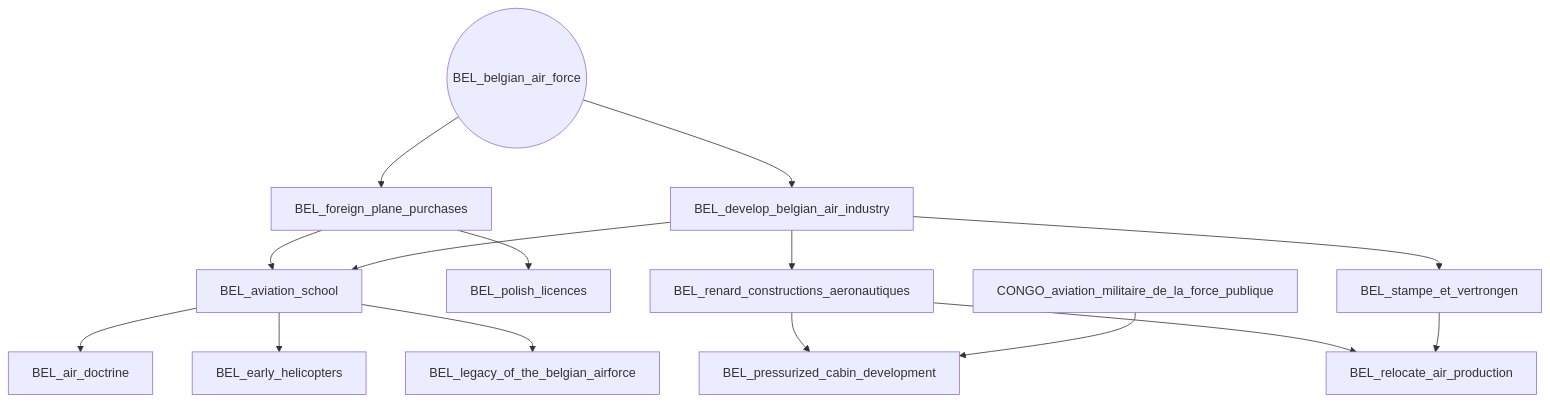
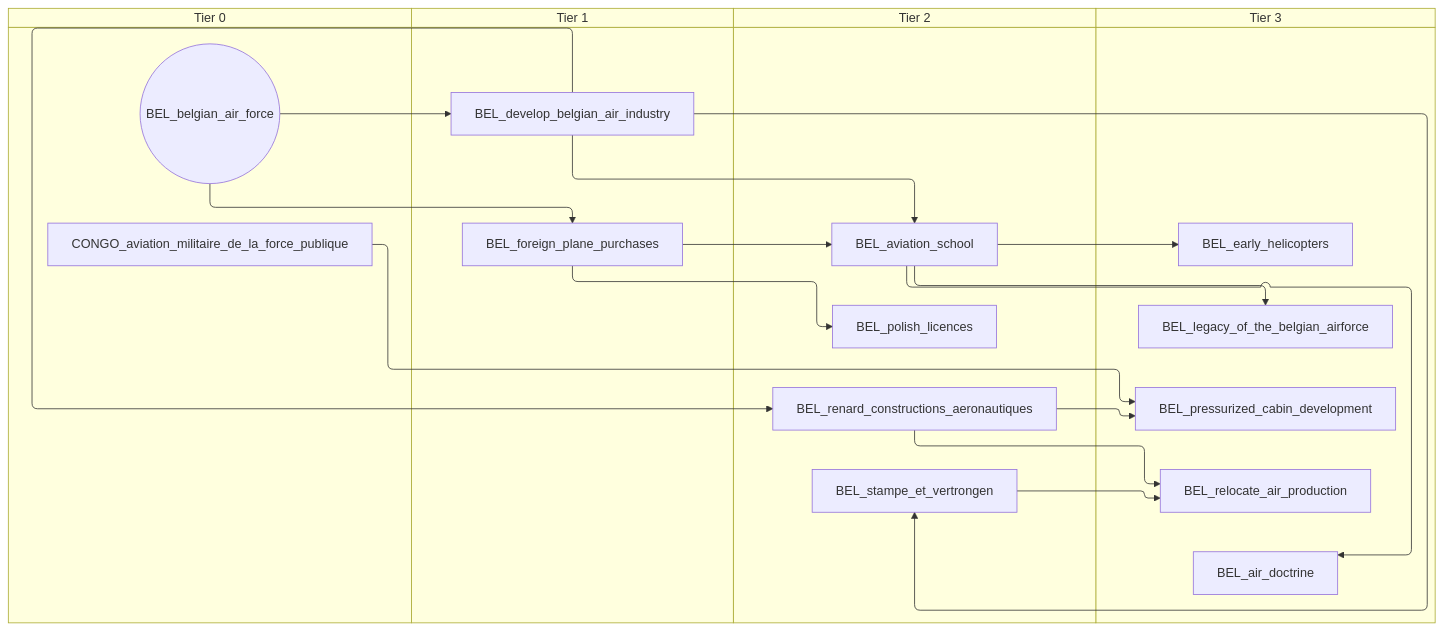
One commit to evgeny-sobol/hoi4-sandbox-mode-r56 changed the first of 6 diagrams in docs/gdd/National Focuses/r56/belgium.md. Above: the diagram before and after it, drawn with Mermaid. The commit also changed other lines of this file and 423 other files, not shown here.

First line of the commit message:
Re-export Rt56 focus trees as swimlane diagrams

````diff
--- a/docs/gdd/National Focuses/r56/belgium.md
+++ b/docs/gdd/National Focuses/r56/belgium.md
@@ -3,30 +3,38 @@
 ```mermaid
-flowchart TD
-    n1["BEL_air_doctrine"]
-    n2["BEL_aviation_school"]
-    n3(("BEL_belgian_air_force"))
-    n4["BEL_develop_belgian_air_industry"]
-    n5["BEL_early_helicopters"]
-    n6["BEL_foreign_plane_purchases"]
-    n7["BEL_legacy_of_the_belgian_airforce"]
-    n8["BEL_polish_licences"]
-    n9["BEL_pressurized_cabin_development"]
-    n10["BEL_relocate_air_production"]
-    n11["BEL_renard_constructions_aeronautiques"]
-    n12["BEL_stampe_et_vertrongen"]
-    n13["CONGO_aviation_militaire_de_la_force_publique"]
-    n2 --> n1
-    n6 --> n2
-    n4 --> n2
-    n3 --> n4
-    n2 --> n5
-    n3 --> n6
-    n2 --> n7
-    n6 --> n8
-    n11 --> n9
-    n13 --> n9
-    n11 --> n10
-    n12 --> n10
-    n4 --> n11
-    n4 --> n12
+swimlane-beta TD
+    subgraph tier_0["Tier 0"]
+        n1(("BEL_belgian_air_force"))
+        n2["CONGO_aviation_militaire_de_la_force_publique"]
+    end
+    subgraph tier_1["Tier 1"]
+        n3["BEL_develop_belgian_air_industry"]
+        n4["BEL_foreign_plane_purchases"]
+    end
+    subgraph tier_2["Tier 2"]
+        n5["BEL_aviation_school"]
+        n6["BEL_polish_licences"]
+        n7["BEL_renard_constructions_aeronautiques"]
+        n8["BEL_stampe_et_vertrongen"]
+    end
+    subgraph tier_3["Tier 3"]
+        n9["BEL_air_doctrine"]
+        n10["BEL_early_helicopters"]
+        n11["BEL_legacy_of_the_belgian_airforce"]
+        n12["BEL_pressurized_cabin_development"]
+        n13["BEL_relocate_air_production"]
+    end
+    n5 --> n9
+    n4 --> n5
+    n3 --> n5
+    n1 --> n3
+    n5 --> n10
+    n1 --> n4
+    n5 --> n11
+    n4 --> n6
+    n7 --> n12
+    n2 --> n12
+    n7 --> n13
+    n8 --> n13
+    n3 --> n7
+    n3 --> n8
 ```
````
